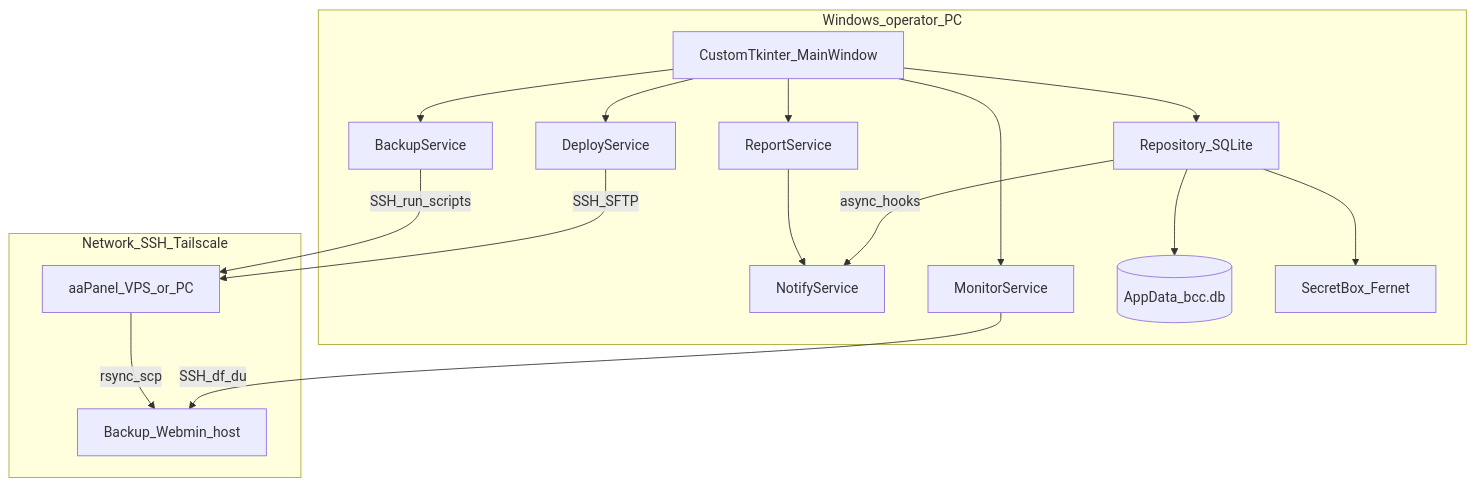
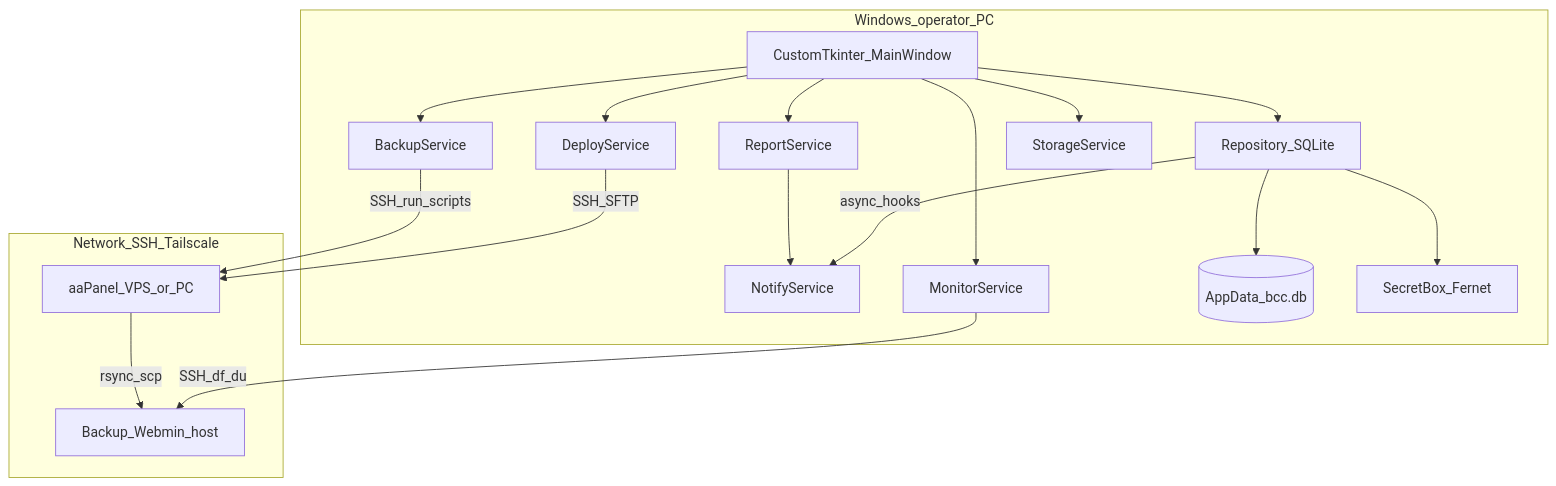
Before and after one commit to agusts8999-cloud/akenbcc: the diagram in AI_CONTEXT/ARCHITECTURE.md, drawn with Mermaid. The commit also changed other lines of this file and 33 other files, not shown here.

````diff
--- a/AI_CONTEXT/ARCHITECTURE.md
+++ b/AI_CONTEXT/ARCHITECTURE.md
@@ -9,30 +9,32 @@
 ```mermaid
 flowchart TB
   subgraph win [Windows_operator_PC]
     UI[CustomTkinter_MainWindow]
     Repo[Repository_SQLite]
     NS[NotifyService]
     RS[ReportService]
     MS[MonitorService]
     DS[DeployService]
     BS[BackupService]
+    SS[StorageService]
     UI --> Repo
     UI --> MS
     UI --> DS
     UI --> BS
+    UI --> SS
     UI --> RS
     Repo -->|async_hooks| NS
     RS --> NS
     Repo --> DB[(AppData_bcc.db)]
     Secrets[SecretBox_Fernet]
     Repo --> Secrets
   end
   subgraph mesh [Network_SSH_Tailscale]
     SRC[aaPanel_VPS_or_PC]
     BAK[Backup_Webmin_host]
   end
   DS -->|SSH_SFTP| SRC
   BS -->|SSH_run_scripts| SRC
   MS -->|SSH_df_du| BAK
   SRC -->|rsync_scp| BAK
 ```
````
